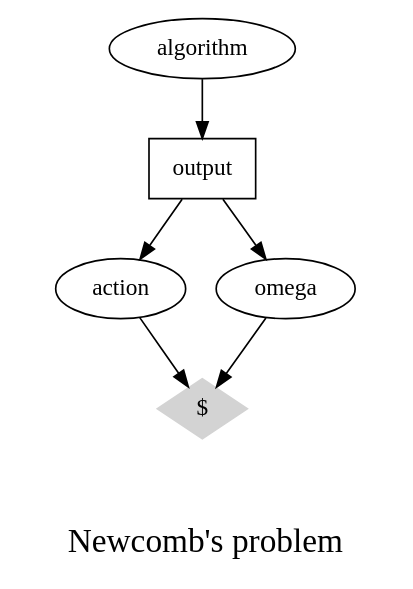
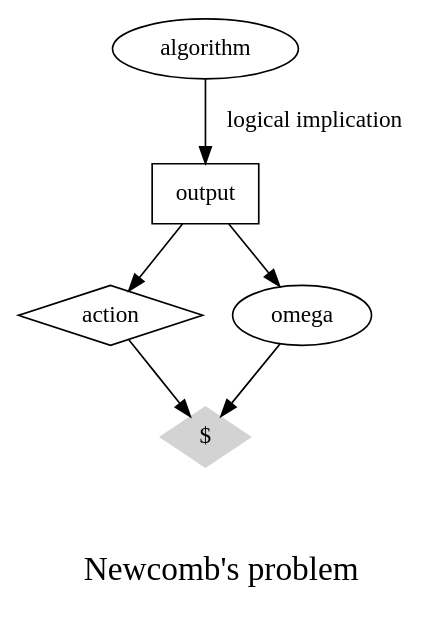
One commit to johnlawrenceaspden/hobby-code changed the diagram in newcomb.gv. Above: the diagram before and after it, drawn with Graphviz.

Commit message:
tidying up

```diff
--- a/newcomb.gv
+++ b/newcomb.gv
@@ -1,22 +1,22 @@
 // dot <newcomb.gv -Tpng >newcomb.png
 // eog newcomb.png
 
 // interactive svg for development!
 // dot <newcomb.gv -Tsvg >newcomb.svg && eog newcomb.svg &
 
 digraph newcomb {
         node [shape=ellipse]; algorithm;
         node [shape=box]; output;
-        node [shape=ellipse]; action; omega;
+        node [shape=diamond]; action;
+        node [shape=ellipse]; omega;
         node [shape=diamond,style=filled,color=lightgrey, label="$"] utility;
 
-
-        algorithm -> output;
+        algorithm -> output [label="logical implication"];
         output -> action;
         output -> omega;
         action -> utility;
         omega -> utility;
 
         label = "\n\nNewcomb's problem"
         fontsize=20;
 }
```
